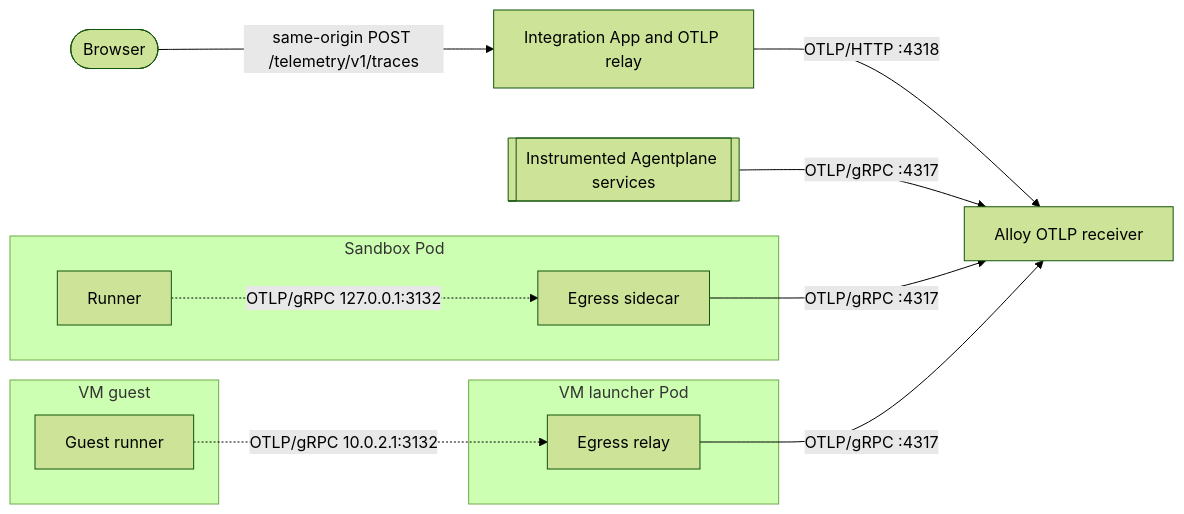
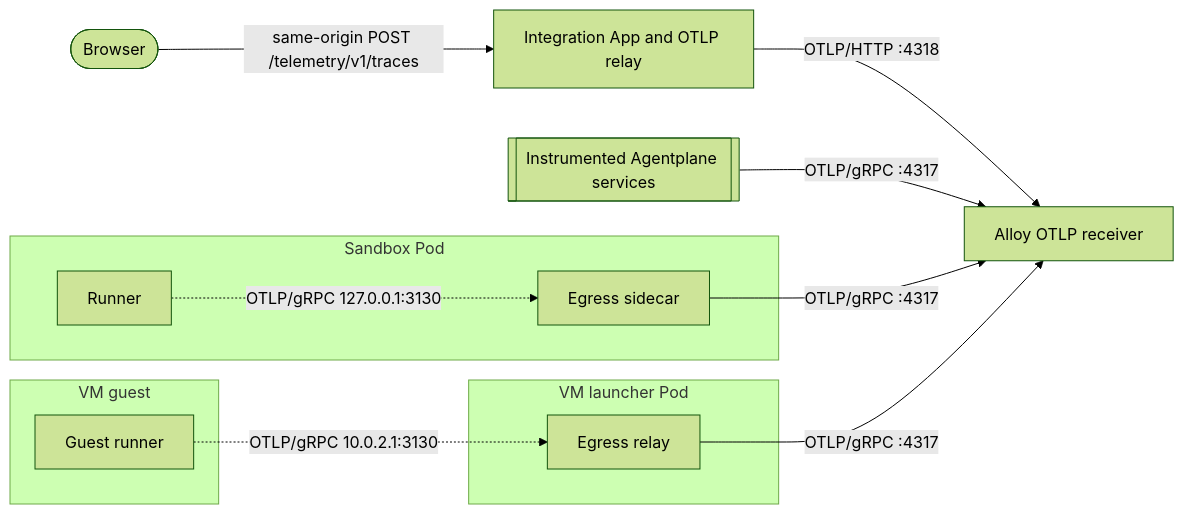
One commit to agentydragon/ducktape changed the sixth of 9 diagrams in agentplane/docs/system_overview.md. Above: the diagram before and after it, drawn with Mermaid (forest theme). The commit also changed 28 other files, not shown here.

````diff
--- a/agentplane/docs/system_overview.md
+++ b/agentplane/docs/system_overview.md
@@ -391,25 +391,25 @@
 ```mermaid
 flowchart LR
     browser([Browser])
     app[Integration App and OTLP relay]
     services[[Instrumented Agentplane services]]
     alloy[Alloy OTLP receiver]
     subgraph sandbox[Sandbox Pod]
         runner[Runner]
         sidecar[Egress sidecar]
     end
     subgraph vm_guest[VM guest]
         guest[Guest runner]
     end
     subgraph vm_pod[VM launcher Pod]
         relay[Egress relay]
     end
 
     browser -->|same-origin POST /telemetry/v1/traces| app
     app -->|OTLP/HTTP :4318| alloy
     services -->|OTLP/gRPC :4317| alloy
-    runner -.->|OTLP/gRPC 127.0.0.1:3132| sidecar
+    runner -.->|OTLP/gRPC 127.0.0.1:3130| sidecar
     sidecar -->|OTLP/gRPC :4317| alloy
-    guest -.->|OTLP/gRPC 10.0.2.1:3132| relay
+    guest -.->|OTLP/gRPC 10.0.2.1:3130| relay
     relay -->|OTLP/gRPC :4317| alloy
 ```
````
